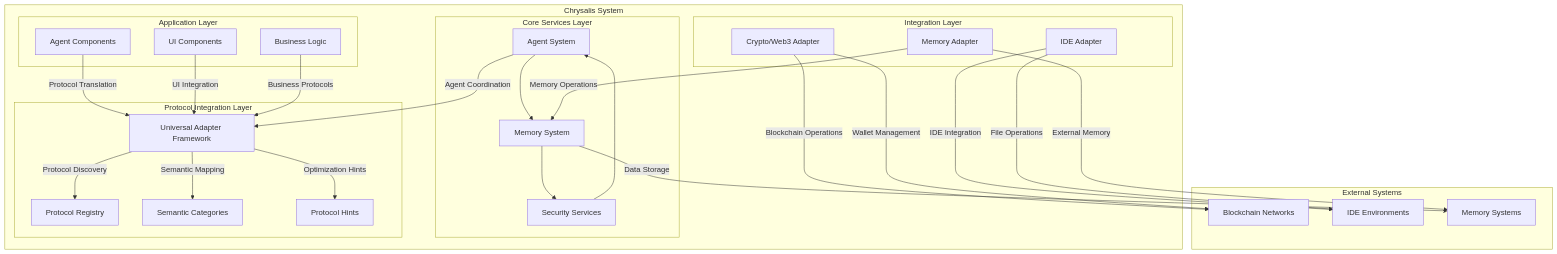
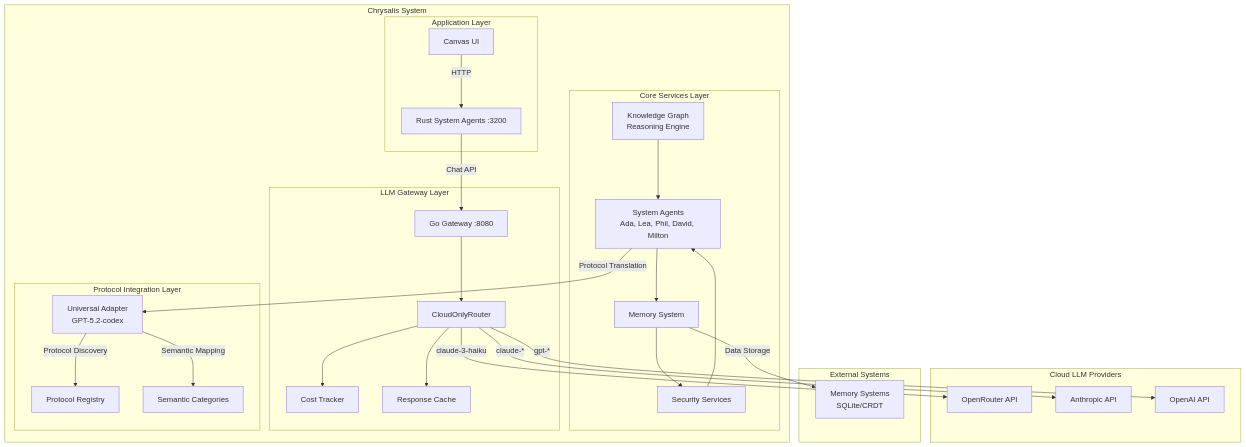
One commit to Replicant-Partners/Chrysalis changed the first of 3 diagrams in diagrams/SystemArchitectureOverview.md. Above: the diagram before and after it, drawn with Mermaid. The commit also changed other lines of this file and 12 other files, not shown here.

First line of the commit message:
feat(agents): integrate knowledge graph reasoning engine and cloud-only LLM

````diff
--- a/diagrams/SystemArchitectureOverview.md
+++ b/diagrams/SystemArchitectureOverview.md
@@ -5,55 +8,55 @@
 ```mermaid
 graph TD
     subgraph "Chrysalis System"
         subgraph "Core Services Layer"
-            A[Agent System] --> B[Memory System]
+            A[System Agents<br/>Ada, Lea, Phil, David, Milton] --> B[Memory System]
             B --> C[Security Services]
             C --> A
+            KG[Knowledge Graph<br/>Reasoning Engine] --> A
+        end
+        
+        subgraph "LLM Gateway Layer"
+            GW[Go Gateway :8080]
+            CR[CloudOnlyRouter]
+            CT[Cost Tracker]
+            RC[Response Cache]
+            GW --> CR
+            CR --> CT
+            CR --> RC
         end
         
         subgraph "Protocol Integration Layer"
-            D[Universal Adapter Framework]
+            D[Universal Adapter<br/>GPT-5.2-codex]
             E[Protocol Registry]
             F[Semantic Categories]
-            G[Protocol Hints]
         end
         
         subgraph "Application Layer"
-            H[Agent Components]
-            I[UI Components]
-            J[Business Logic]
-        end
-        
-        subgraph "Integration Layer"
-            K[Memory Adapter]
-            L[Crypto/Web3 Adapter]
-            M[IDE Adapter]
+            RS[Rust System Agents :3200]
+            I[Canvas UI]
         end
     end
     
-    subgraph "External Systems"
-        N[Blockchain Networks]
-        O[IDE Environments]
-        P[Memory Systems]
+    subgraph "Cloud LLM Providers"
+        OR[OpenRouter API]
+        AN[Anthropic API]
+        OA[OpenAI API]
     end
     
-    A -- "Agent Coordination" --> D
-    H -- "Protocol Translation" --> D
-    I -- "UI Integration" --> D
-    J -- "Business Protocols" --> D
+    subgraph "External Systems"
+        P[Memory Systems<br/>SQLite/CRDT]
+    end
+    
+    RS -- "Chat API" --> GW
+    I -- "HTTP" --> RS
+    A -- "Protocol Translation" --> D
+    
+    CR -- "claude-3-haiku" --> OR
+    CR -- "claude-*" --> AN
+    CR -- "gpt-*" --> OA
     
     D -- "Protocol Discovery" --> E
     D -- "Semantic Mapping" --> F
-    D -- "Optimization Hints" --> G
-    
-    K -- "Memory Operations" --> B
-    K -- "External Memory" --> P
-    
-    L -- "Blockchain Operations" --> N
-    L -- "Wallet Management" --> N
-    
-    M -- "IDE Integration" --> O
-    M -- "File Operations" --> O
     
     B -- "Data Storage" --> P
 ```
````
